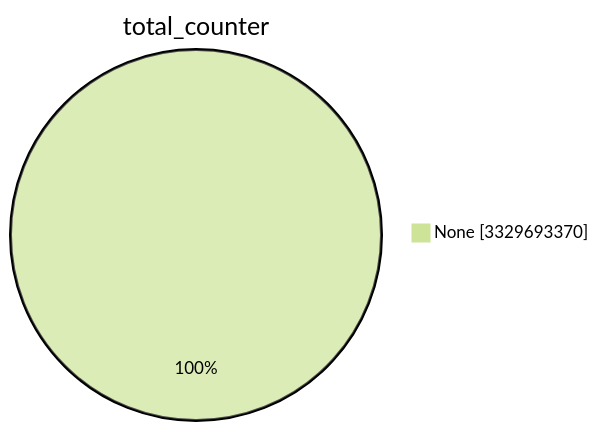
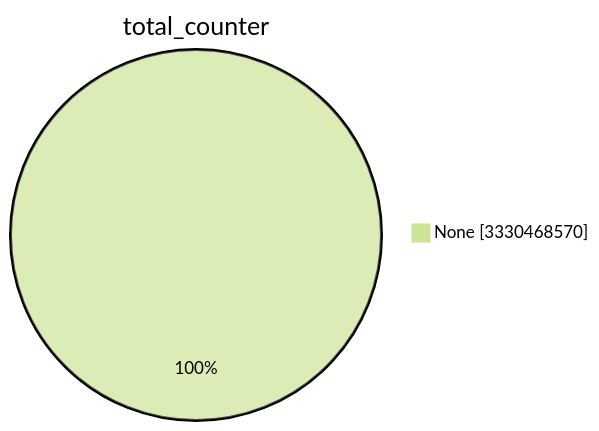
The first of 15 diagrams in TOTAL/README.md (christiankrug/ctmonitor_visualization), drawn with Mermaid (forest theme) before and after one commit. The commit also changed other lines of this file, not shown here.

````diff
--- a/TOTAL/README.md
+++ b/TOTAL/README.md
@@ -1,5 +1,5 @@
 ```mermaid
 pie showData
 title total_counter
-"None" :3329693370
+"None" :3330468570
 ```
````
